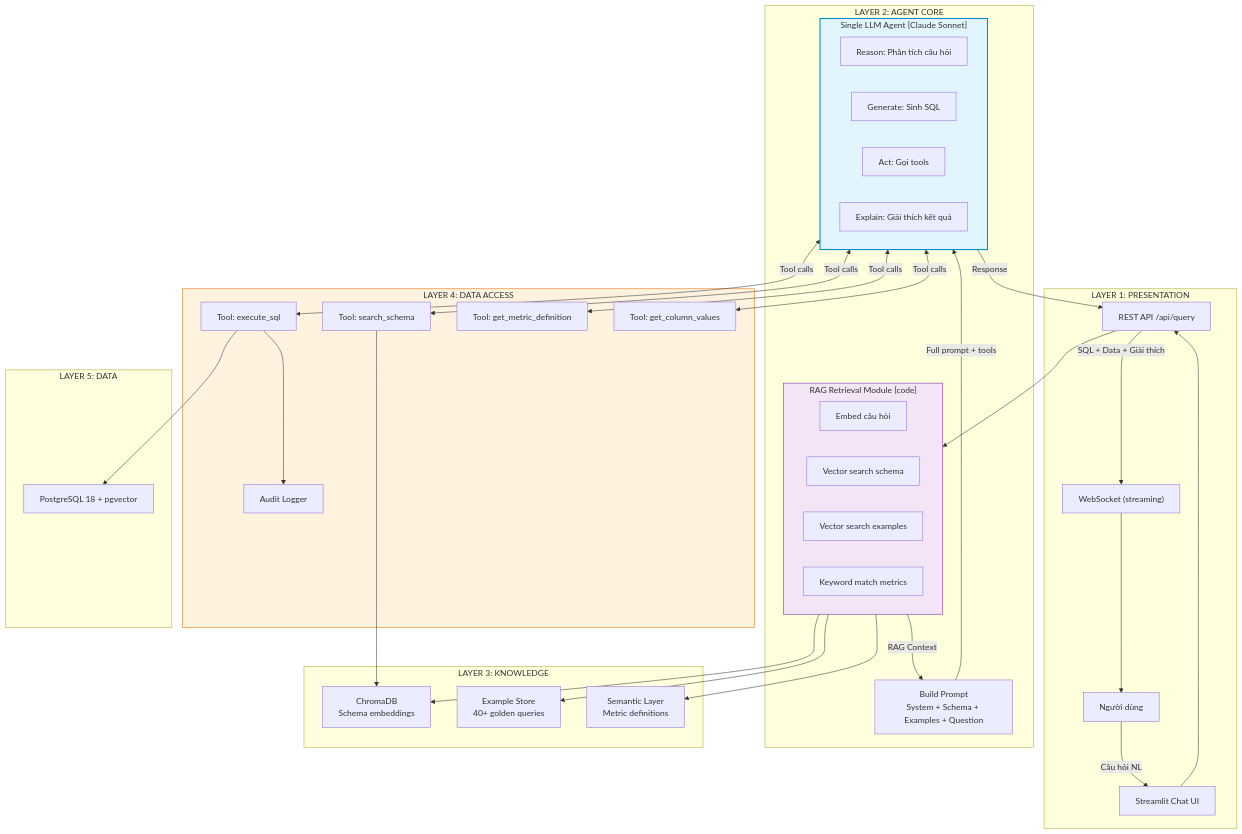
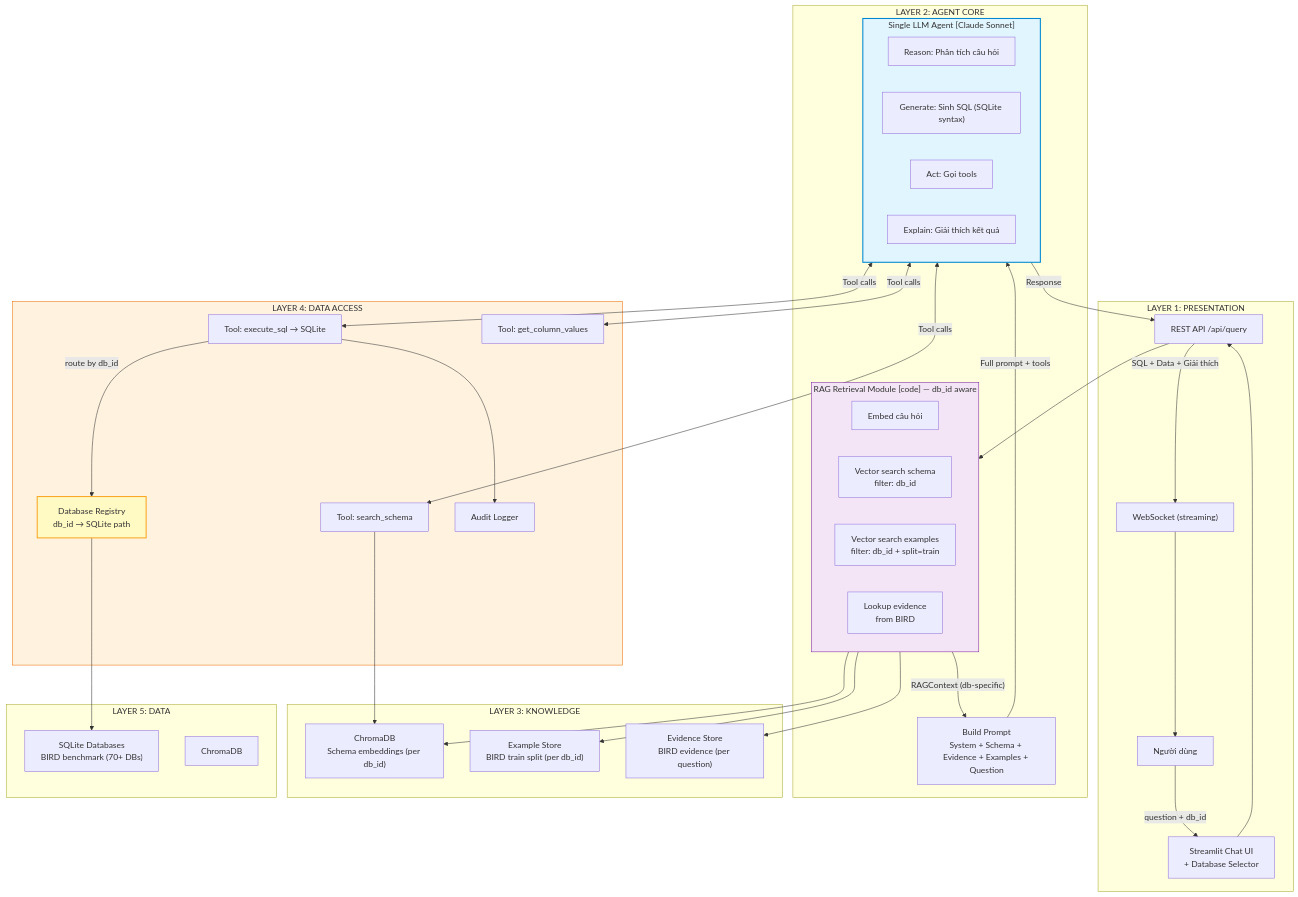
The first of 6 diagrams in docs/03_Technical_Assessment/pattern_2_rag_single_agent/03_architecture_flow.md (Learnheart/Text2SQL), drawn with Mermaid before and after one commit. The commit also changed other lines of this file and 3 other files, not shown here.

First line of the commit message:
rewrite architecture docs — BIRD multi-database + SQLite evaluation

````diff
--- a/docs/03_Technical_Assessment/pattern_2_rag_single_agent/03_architecture_flow.md
+++ b/docs/03_Technical_Assessment/pattern_2_rag_single_agent/03_architecture_flow.md
@@ -7,68 +7,70 @@
 ```mermaid
 graph TB
     subgraph Presentation["LAYER 1: PRESENTATION"]
         User["Người dùng"]
         API["REST API /api/query"]
         WS["WebSocket (streaming)"]
-        StreamlitUI["Streamlit Chat UI"]
+        StreamlitUI["Streamlit Chat UI<br/>+ Database Selector"]
     end
 
     subgraph AgentCore["LAYER 2: AGENT CORE"]
-        subgraph RAGModule["RAG Retrieval Module [code]"]
+        subgraph RAGModule["RAG Retrieval Module [code] — db_id aware"]
             Embed["Embed câu hỏi"]
-            SchemaSearch["Vector search schema"]
-            ExampleSearch["Vector search examples"]
-            MetricMatch["Keyword match metrics"]
+            SchemaSearch["Vector search schema<br/>filter: db_id"]
+            ExampleSearch["Vector search examples<br/>filter: db_id + split=train"]
+            EvidenceLookup["Lookup evidence<br/>from BIRD"]
         end
 
-        PromptBuilder["Build Prompt<br/>System + Schema + Examples + Question"]
+        PromptBuilder["Build Prompt<br/>System + Schema + Evidence + Examples + Question"]
 
         subgraph LLMAgent["Single LLM Agent [Claude Sonnet]"]
             Reason["Reason: Phân tích câu hỏi"]
-            Generate["Generate: Sinh SQL"]
+            Generate["Generate: Sinh SQL (SQLite syntax)"]
             ToolCall["Act: Gọi tools"]
             Explain["Explain: Giải thích kết quả"]
         end
     end
 
     subgraph Knowledge["LAYER 3: KNOWLEDGE"]
-        VectorStore["ChromaDB<br/>Schema embeddings"]
-        ExampleStore["Example Store<br/>40+ golden queries"]
-        SemanticLayer["Semantic Layer<br/>Metric definitions"]
+        VectorStore["ChromaDB<br/>Schema embeddings (per db_id)"]
+        ExampleStore["Example Store<br/>BIRD train split (per db_id)"]
+        EvidenceStore["Evidence Store<br/>BIRD evidence (per question)"]
     end
 
     subgraph DataAccess["LAYER 4: DATA ACCESS"]
-        ExecTool["Tool: execute_sql"]
+        DBRegistry["Database Registry<br/>db_id → SQLite path"]
+        ExecTool["Tool: execute_sql → SQLite"]
         SearchTool["Tool: search_schema"]
-        MetricTool["Tool: get_metric_definition"]
         EnumTool["Tool: get_column_values"]
         AuditLog["Audit Logger"]
     end
 
     subgraph Data["LAYER 5: DATA"]
-        PG["PostgreSQL 18 + pgvector"]
+        SQLite["SQLite Databases<br/>BIRD benchmark (70+ DBs)"]
+        ChromaDB["ChromaDB"]
     end
 
-    User -->|"Câu hỏi NL"| StreamlitUI
+    User -->|"question + db_id"| StreamlitUI
     StreamlitUI --> API
     API --> RAGModule
     RAGModule --> VectorStore
     RAGModule --> ExampleStore
-    RAGModule --> SemanticLayer
-    RAGModule -->|"RAG Context"| PromptBuilder
+    RAGModule --> EvidenceStore
+    RAGModule -->|"RAGContext (db-specific)"| PromptBuilder
     PromptBuilder -->|"Full prompt + tools"| LLMAgent
     LLMAgent <-->|"Tool calls"| ExecTool
     LLMAgent <-->|"Tool calls"| SearchTool
-    LLMAgent <-->|"Tool calls"| MetricTool
     LLMAgent <-->|"Tool calls"| EnumTool
-    ExecTool --> PG
+    ExecTool -->|"route by db_id"| DBRegistry
+    DBRegistry --> SQLite
     ExecTool --> AuditLog
     SearchTool --> VectorStore
     LLMAgent -->|"Response"| API
     API -->|"SQL + Data + Giải thích"| WS
     WS --> User
 
     style LLMAgent fill:#e1f5fe,stroke:#0288d1,stroke-width:2px
     style RAGModule fill:#f3e5f5,stroke:#7b1fa2
     style DataAccess fill:#fff3e0,stroke:#ef6c00
+    style DBRegistry fill:#fff9c4,stroke:#f9a825,stroke-width:2px
 ```
````
